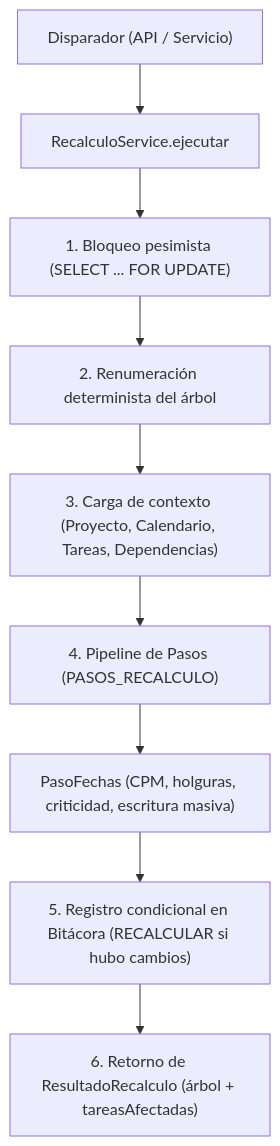
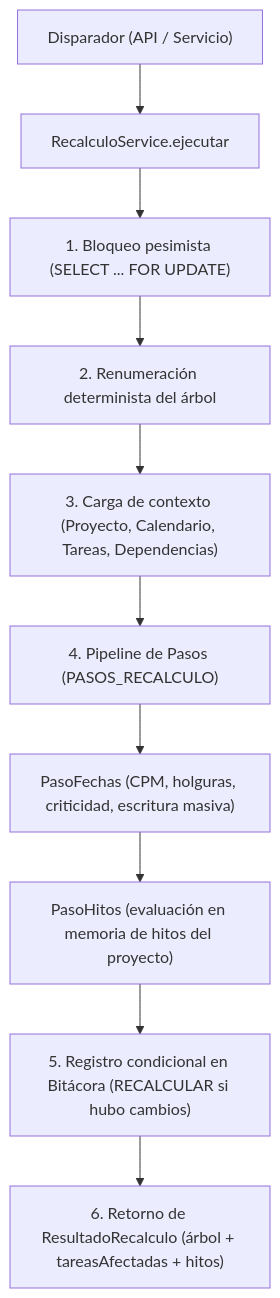
One commit to clmoralesl/CUIDARTEPLUS_GESTION_SW changed the diagram in docs/recalculo.md. Above: the diagram before and after it, drawn with Mermaid. The commit also changed other lines of this file and 42 other files, not shown here.

Commit message:
feat(api): agregar hitos con estado calculado y actualizacion en el recalculo (issue #10) (#33)

````diff
--- a/docs/recalculo.md
+++ b/docs/recalculo.md
@@ -11,11 +11,13 @@
 ```mermaid
 flowchart TD
     D["Disparador (API / Servicio)"] --> R["RecalculoService.ejecutar"]
     R --> B["1. Bloqueo pesimista (SELECT ... FOR UPDATE)"]
-    B --> N["2. Renumeración determinista del árbol"]
+    N["2. Renumeración determinista del árbol"]
+    B --> N
     N --> C["3. Carga de contexto (Proyecto, Calendario, Tareas, Dependencias)"]
     C --> P["4. Pipeline de Pasos (PASOS_RECALCULO)"]
     P --> F["PasoFechas (CPM, holguras, criticidad, escritura masiva)"]
-    F --> BIT["5. Registro condicional en Bitácora (RECALCULAR si hubo cambios)"]
-    BIT --> RET["6. Retorno de ResultadoRecalculo (árbol + tareasAfectadas)"]
+    F --> H["PasoHitos (evaluación en memoria de hitos del proyecto)"]
+    H --> BIT["5. Registro condicional en Bitácora (RECALCULAR si hubo cambios)"]
+    BIT --> RET["6. Retorno de ResultadoRecalculo (árbol + tareasAfectadas + hitos)"]
 ```
````
